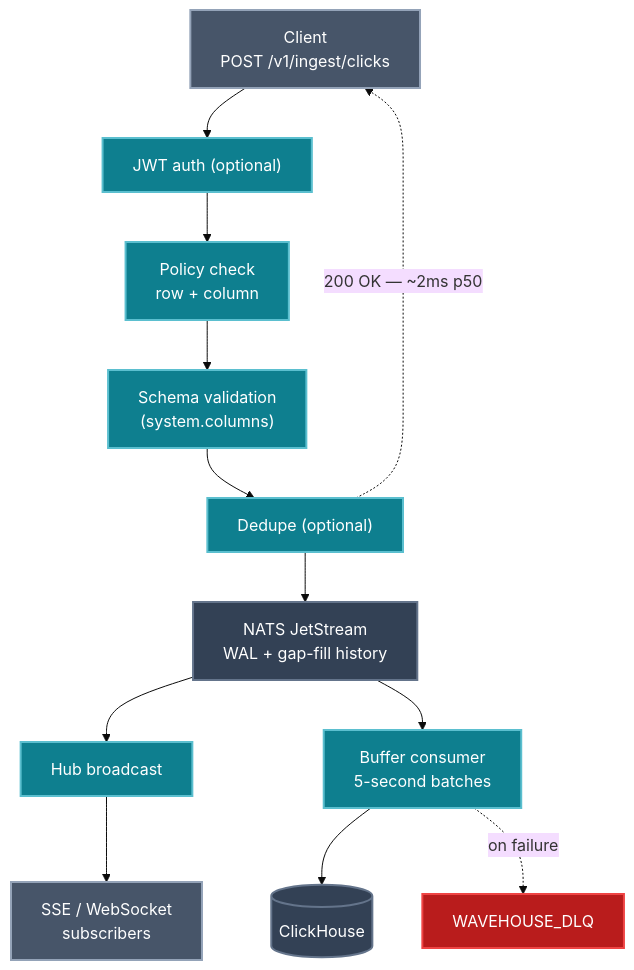
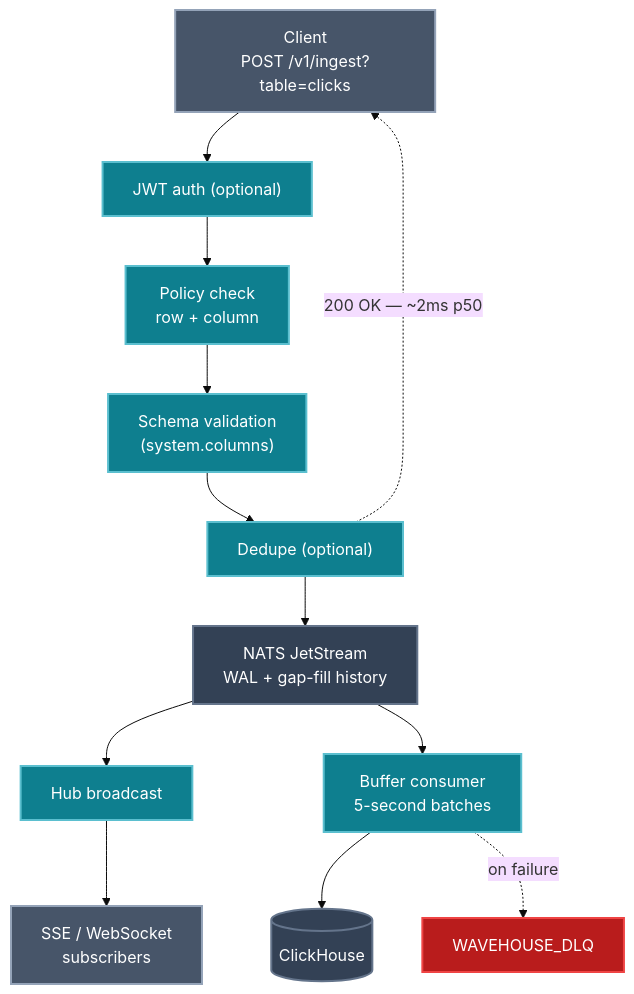
One commit to Wave-RF/WaveHouse changed the fifth of 6 diagrams in docs/src/content/docs/why-wavehouse.md. Above: the diagram before and after it, drawn with Mermaid (base theme). The commit also changed other lines of this file and 25 other files, not shown here.

````diff
--- a/docs/src/content/docs/why-wavehouse.md
+++ b/docs/src/content/docs/why-wavehouse.md
@@ -220,22 +220,22 @@
 ```mermaid
 flowchart TB
     classDef client fill:#475569,stroke:#94a3b8,color:#fff,stroke-width:2px
     classDef wh fill:#0e7f8f,stroke:#5bbfcf,color:#fff,stroke-width:2px
     classDef store fill:#334155,stroke:#64748b,color:#fff,stroke-width:2px
     classDef fail fill:#b91c1c,stroke:#ef4444,color:#fff,stroke-width:2px
 
-    C["Client<br/>POST /v1/ingest/clicks"]:::client
+    C["Client<br/>POST /v1/ingest?table=clicks"]:::client
     C --> AUTH["JWT auth (optional)"]:::wh
     AUTH --> POL["Policy check<br/>row + column"]:::wh
     POL --> VAL["Schema validation<br/>(system.columns)"]:::wh
     VAL --> DD["Dedupe (optional)"]:::wh
     DD --> NATS["NATS JetStream<br/>WAL + gap-fill history"]:::store
     DD -. "200 OK — ~2ms p50" .-> C
 
     NATS --> HUB["Hub broadcast"]:::wh
     HUB --> RT["SSE / WebSocket<br/>subscribers"]:::client
 
     NATS --> BC["Buffer consumer<br/>5-second batches"]:::wh
     BC --> CH[("ClickHouse")]:::store
     BC -. "on failure" .-> DLQ["WAVEHOUSE_DLQ"]:::fail
 ```
````
